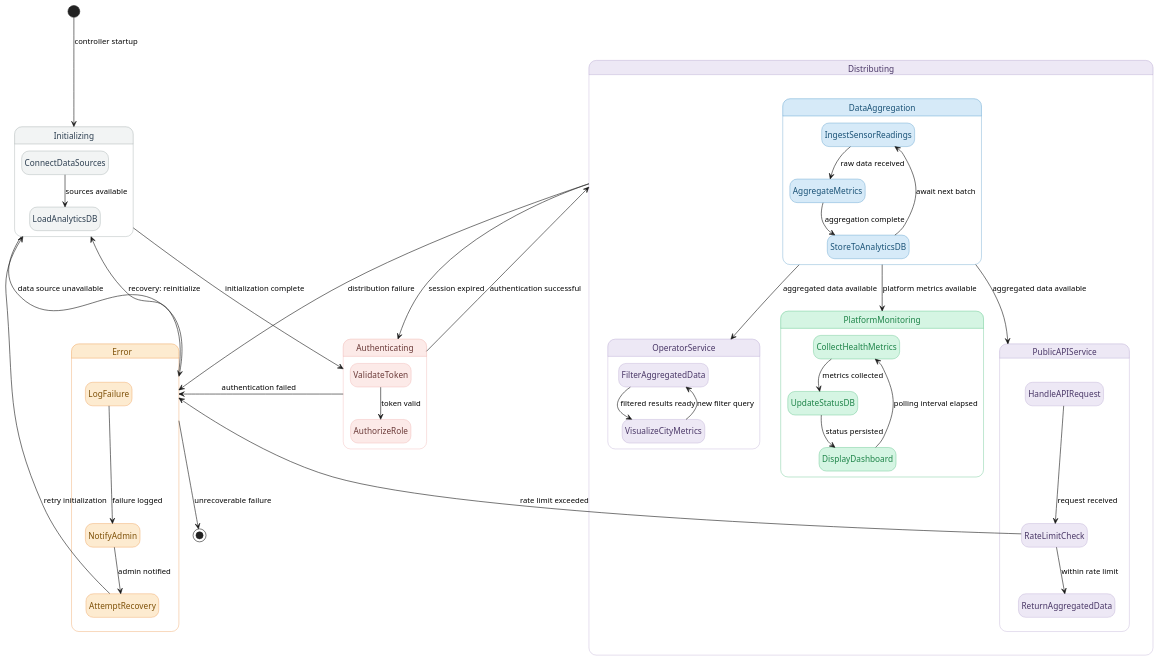
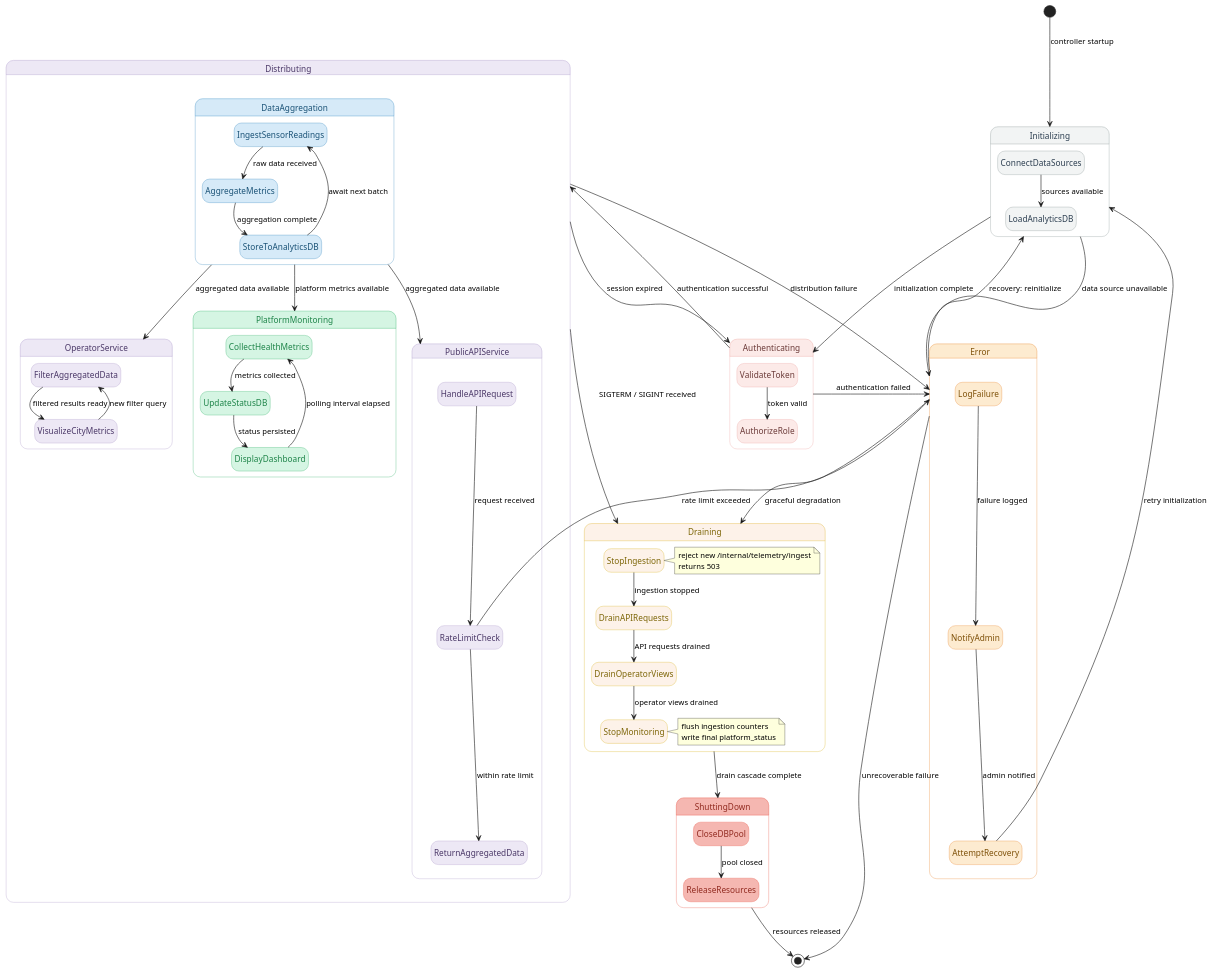
One commit to aarnphm/scemas-platform changed the diagram in docs/diagrams/data_distribution_management_controller.puml. Above: the diagram before and after it, drawn with PlantUML. The commit also changed 19 other files, not shown here.

Commit message:
fix: lifecycle mentioned for draining architecture of the engine

```diff
--- a/docs/diagrams/data_distribution_management_controller.puml
+++ b/docs/diagrams/data_distribution_management_controller.puml
@@ -1,118 +1,155 @@
 @startuml data_distribution_management_controller
 hide empty description
 
 skinparam state {
   BackgroundColor<<init>> #F2F4F4
   BorderColor<<init>> #7F8C8D
   FontColor<<init>> #2C3E50
 
   BackgroundColor<<auth>> #FCEAE8
   BorderColor<<auth>> #ea9a97
   FontColor<<auth>> #6B3A38
 
   BackgroundColor<<distribute>> #EDE8F5
   BorderColor<<distribute>> #a692c3
   FontColor<<distribute>> #4A3767
 
   BackgroundColor<<ingest>> #D6EAF8
   BorderColor<<ingest>> #2980B9
   FontColor<<ingest>> #1A5276
 
   BackgroundColor<<monitor>> #D5F5E3
   BorderColor<<monitor>> #27AE60
   FontColor<<monitor>> #1E8449
+
+  BackgroundColor<<drain>> #FDF2E9
+  BorderColor<<drain>> #D4AC0D
+  FontColor<<drain>> #7D6608
+
+  BackgroundColor<<shutdown>> #F5B7B1
+  BorderColor<<shutdown>> #E74C3C
+  FontColor<<shutdown>> #922B21
 
   BackgroundColor<<error>> #FDEBD0
   BorderColor<<error>> #E67E22
   FontColor<<error>> #7E5109
 
   StartColor black
   EndColor black
 }
 
 ' ──────────────────────────────────
 ' TOP-LEVEL LIFECYCLE
 ' ──────────────────────────────────
 
 state "Initializing" as INIT <<init>> {
   state "ConnectDataSources" as CDS <<init>>
   state "LoadAnalyticsDB" as LDB <<init>>
   CDS --> LDB : sources available
 }
 
 state "Authenticating" as AUTH <<auth>> {
   state "ValidateToken" as VT <<auth>>
   state "AuthorizeRole" as AR <<auth>>
   VT --> AR : token valid
 }
 
 state "Distributing" as DIST <<distribute>> {
 
   state "DataAggregation" as AGG <<ingest>> {
     state "IngestSensorReadings" as ISR <<ingest>>
     state "AggregateMetrics" as AM <<ingest>>
     state "StoreToAnalyticsDB" as STA <<ingest>>
     ISR --> AM : raw data received
     AM --> STA : aggregation complete
     STA --> ISR : await next batch
   }
 
   state "OperatorService" as OPS <<distribute>> {
     state "FilterAggregatedData" as FAD <<distribute>>
     state "VisualizeCityMetrics" as VCM <<distribute>>
     FAD --> VCM : filtered results ready
     VCM --> FAD : new filter query
   }
 
   state "PublicAPIService" as API <<distribute>> {
     state "HandleAPIRequest" as HAR <<distribute>>
     state "RateLimitCheck" as RLC <<distribute>>
     state "ReturnAggregatedData" as RAD <<distribute>>
     HAR --> RLC : request received
     RLC --> RAD : within rate limit
   }
 
   state "PlatformMonitoring" as MON <<monitor>> {
     state "CollectHealthMetrics" as CHM <<monitor>>
     state "UpdateStatusDB" as USD <<monitor>>
     state "DisplayDashboard" as DD <<monitor>>
     CHM --> USD : metrics collected
     USD --> DD : status persisted
     DD --> CHM : polling interval elapsed
   }
 
   AGG --> OPS : aggregated data available
   AGG --> API : aggregated data available
   AGG --> MON : platform metrics available
 }
 
+state "Draining" as DRAIN <<drain>> {
+  state "StopIngestion" as SI <<drain>>
+  state "DrainAPIRequests" as DAR <<drain>>
+  state "DrainOperatorViews" as DOV <<drain>>
+  state "StopMonitoring" as SM <<drain>>
+  SI --> DAR : ingestion stopped
+  DAR --> DOV : API requests drained
+  DOV --> SM : operator views drained
+  note right of SI
+    reject new /internal/telemetry/ingest
+    returns 503
+  end note
+  note right of SM
+    flush ingestion counters
+    write final platform_status
+  end note
+}
+
+state "ShuttingDown" as SHUT <<shutdown>> {
+  state "CloseDBPool" as CDB <<shutdown>>
+  state "ReleaseResources" as RR <<shutdown>>
+  CDB --> RR : pool closed
+}
+
 state "Error" as ERR <<error>> {
   state "LogFailure" as LF <<error>>
   state "NotifyAdmin" as NA <<error>>
   state "AttemptRecovery" as REC <<error>>
   LF --> NA : failure logged
   NA --> REC : admin notified
 }
 
 ' ──────────────────────────────────
 ' TRANSITIONS
 ' ──────────────────────────────────
 
 [*] --> INIT : controller startup
 
 INIT --> AUTH : initialization complete
 INIT --> ERR : data source unavailable
 
 AUTH --> DIST : authentication successful
 AUTH --> ERR : authentication failed
 
 DIST --> AUTH : session expired
 DIST --> ERR : distribution failure
+DIST --> DRAIN : SIGTERM / SIGINT received
+
+DRAIN --> SHUT : drain cascade complete
+SHUT --> [*] : resources released
 
 ERR --> INIT : recovery: reinitialize
+ERR --> DRAIN : graceful degradation
 ERR --> [*] : unrecoverable failure
 
 RLC --> ERR : rate limit exceeded
 REC --> INIT : retry initialization
 
 @enduml
```
